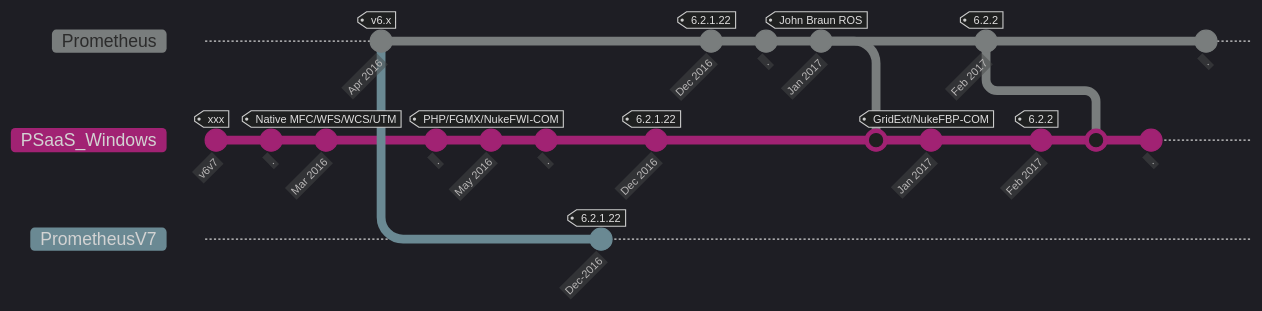
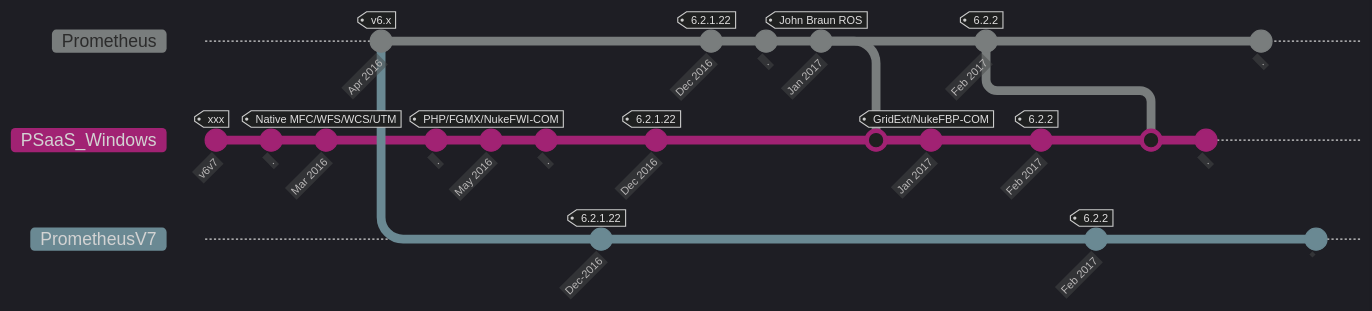
Before and after one commit to WISE-Developers/Project_issues: the third of 5 diagrams in geneology.md, drawn with Mermaid. The commit also changed other lines of this file, not shown here.

Commit message:
fix feb 2017

````diff
--- a/geneology.md
+++ b/geneology.md
@@ -70,41 +70,46 @@
 ```mermaid
 
 %%{ init: {  
     'logLevel': 'debug', 
     'theme': 'dark', 
 'gitGraph': { 'rotateCommitLabel': true, 'showBranches': true,  'showCommitLabel':true, 'mainBranchName': 'Prometheus' } } }%% 
 gitGraph
 branch PSaaS_Windows order:0
 checkout PSaaS_Windows
 commit id:"v6v7" tag:"xxx"
 commit id: " . "
 commit id: "Mar 2016" tag: "Native MFC/WFS/WCS/UTM"
 checkout Prometheus
 commit id: "Apr  2016" tag: "v6.x"
 checkout PSaaS_Windows
 commit id: "  .   "
 commit id: "May 2016" tag: "PHP/FGMX/NukeFWI-COM"
 
 commit id: "."
 checkout Prometheus
 branch PrometheusV7 order: 6
 commit id: "Dec-2016" tag: "6.2.1.22"
 checkout PSaaS_Windows
 commit id: " Dec 2016" tag: "6.2.1.22"
 checkout Prometheus
 commit id: "Dec  2016" tag: "6.2.1.22"
 commit id: ". "
 commit id: "Jan 2017" tag: "John Braun ROS"
 checkout PSaaS_Windows
 merge Prometheus
 commit id: "Jan  2017" tag: "GridExt/NukeFBP-COM"
 
 checkout Prometheus
 commit id: "Feb  2017" tag: "6.2.2"
 checkout PSaaS_Windows
-commit id: "Feb 2017" tag: "6.2.2"
+commit id: " Feb 2017" tag: "6.2.2"
+checkout PrometheusV7
+commit id: " Feb  2017  " tag: "6.2.2"
+checkout PSaaS_Windows
 merge Prometheus
 commit id:"  .  "
 checkout Prometheus
 commit id:" .  "
+checkout PrometheusV7
+commit id:"      "
 ```
````
